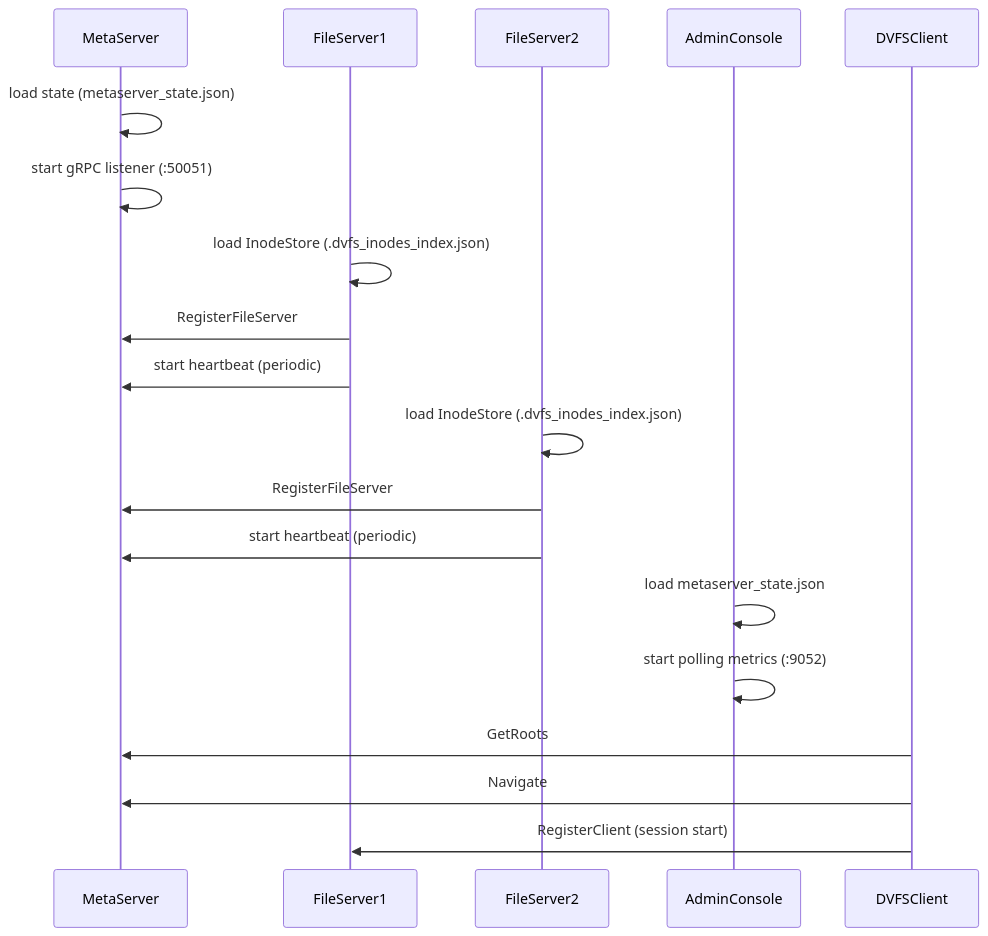
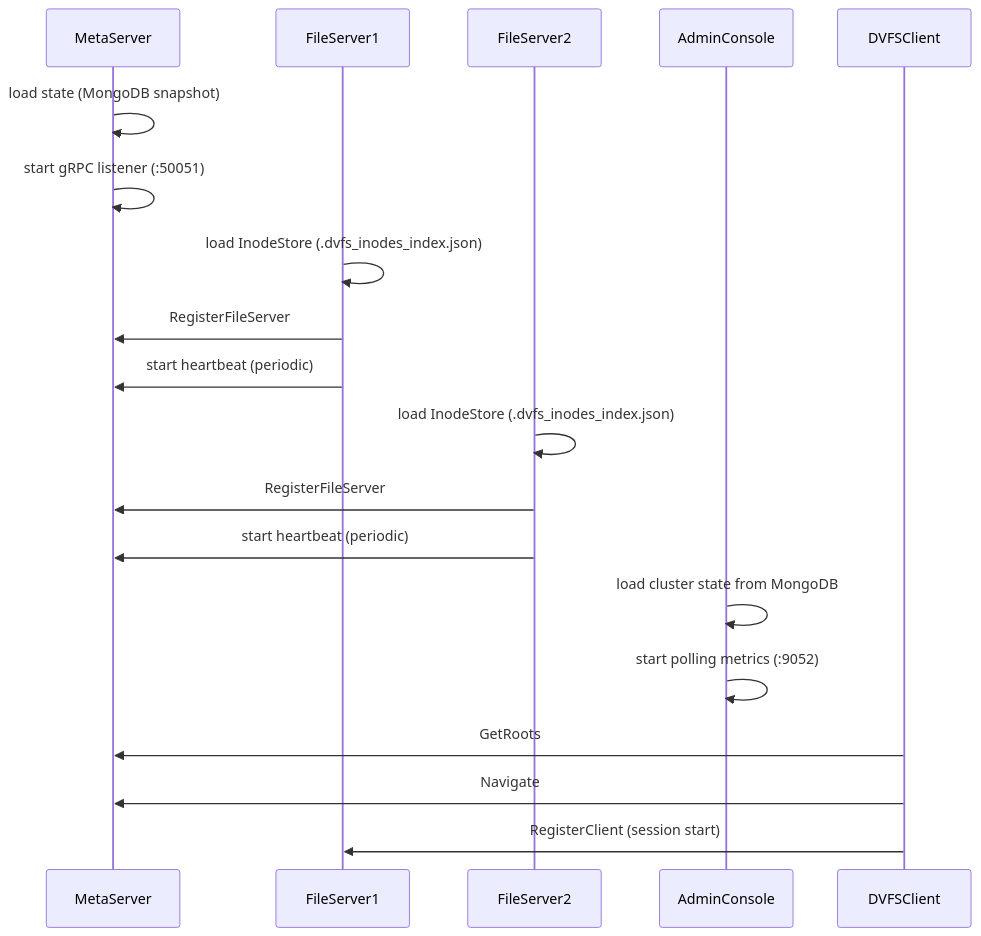
The sixth of 6 diagrams in docs/diagrams/overview.md (DVFS-IIT-Gandhinagar/Distributed-Virtual-File-System), drawn with Mermaid before and after one commit. The commit also changed other lines of this file and 15 other files, not shown here.

````diff
--- a/docs/diagrams/overview.md
+++ b/docs/diagrams/overview.md
@@ -228,26 +228,26 @@
 ```mermaid
 sequenceDiagram
     participant MetaServer
     participant FileServer1
     participant FileServer2
     participant AdminConsole
     participant DVFSClient
 
-    MetaServer->>MetaServer: load state (metaserver_state.json)
+    MetaServer->>MetaServer: load state (MongoDB snapshot)
     MetaServer->>MetaServer: start gRPC listener (:50051)
     
     FileServer1->>FileServer1: load InodeStore (.dvfs_inodes_index.json)
     FileServer1->>MetaServer: RegisterFileServer
     FileServer1->>MetaServer: start heartbeat (periodic)
     
     FileServer2->>FileServer2: load InodeStore (.dvfs_inodes_index.json)
     FileServer2->>MetaServer: RegisterFileServer
     FileServer2->>MetaServer: start heartbeat (periodic)
     
-    AdminConsole->>AdminConsole: load metaserver_state.json
+    AdminConsole->>AdminConsole: load cluster state from MongoDB
     AdminConsole->>AdminConsole: start polling metrics (:9052)
     
     DVFSClient->>MetaServer: GetRoots
     DVFSClient->>MetaServer: Navigate
     DVFSClient->>FileServer1: RegisterClient (session start)
 ```
````
